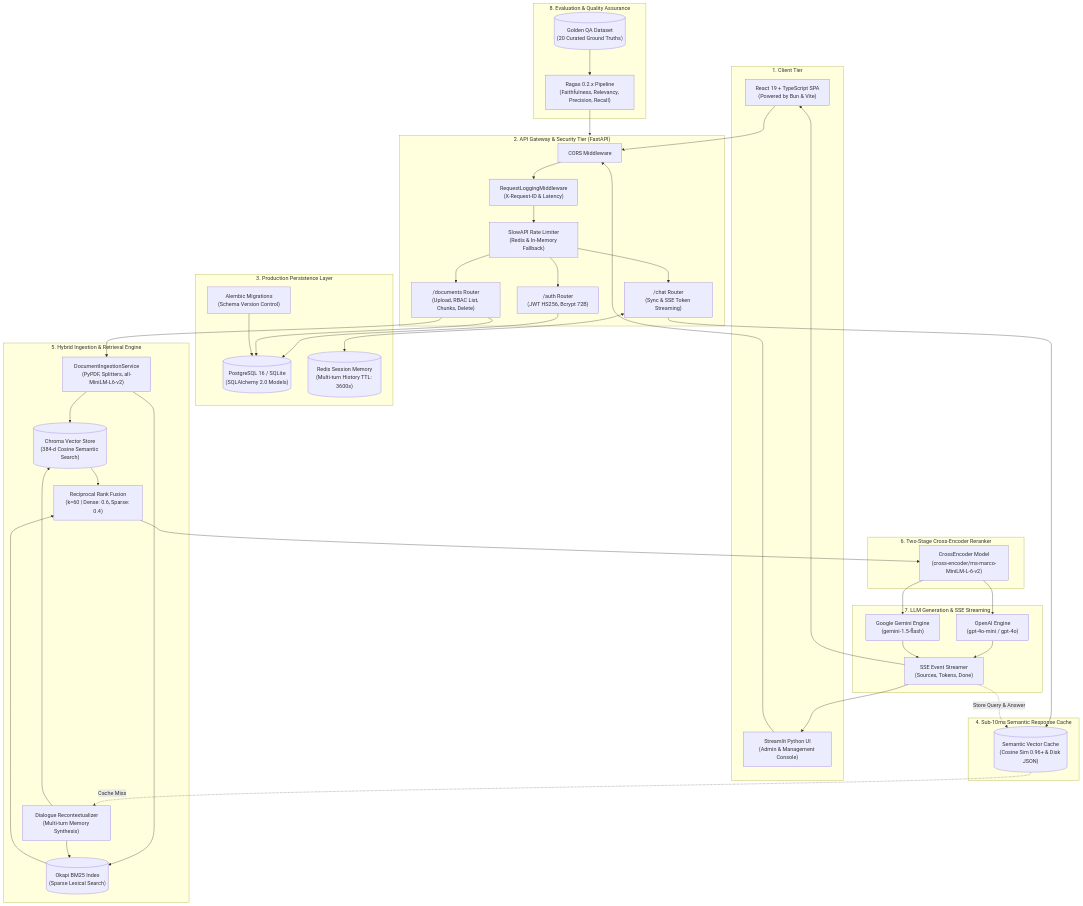
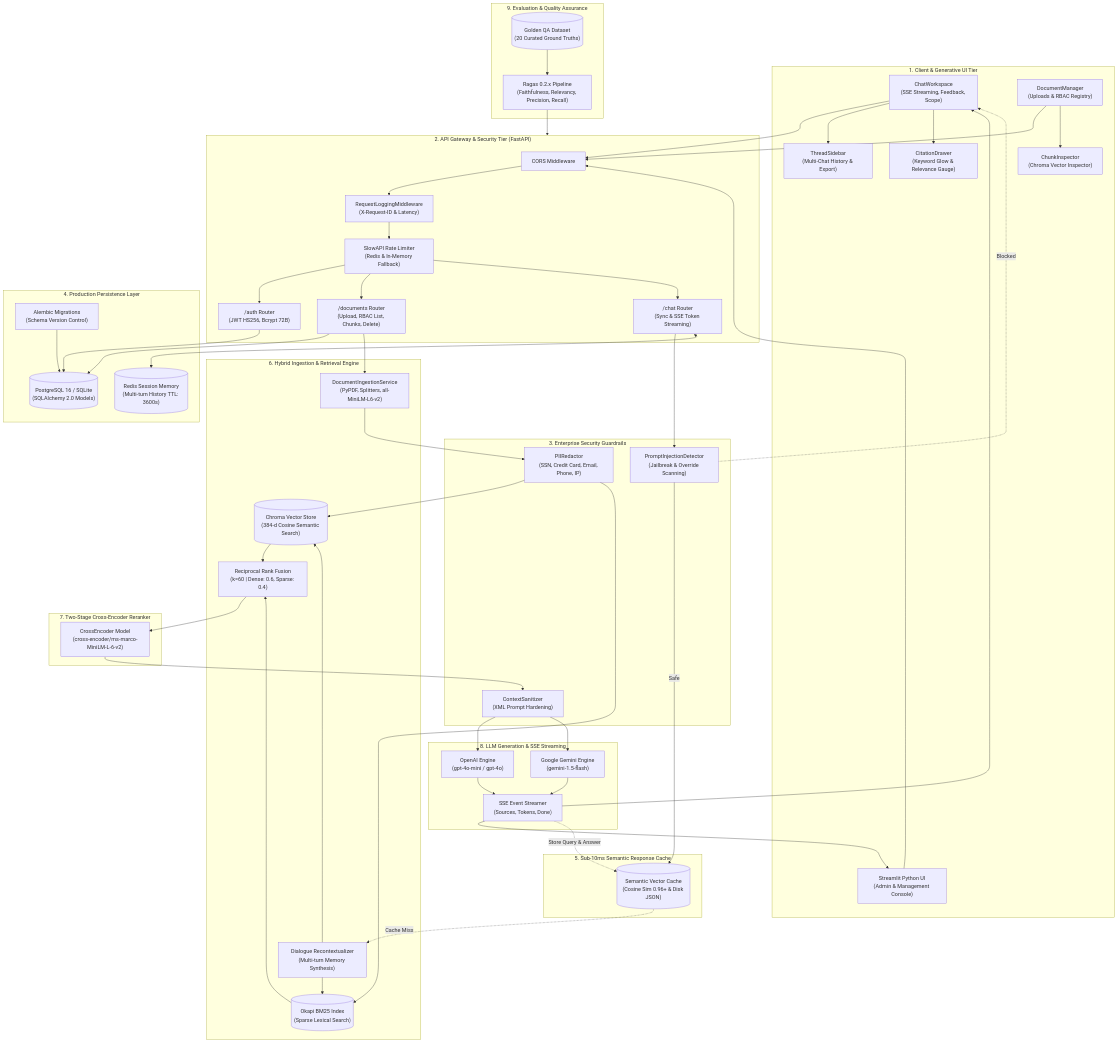
Before and after one commit to faizan-7890/SecureRAG: the first of 3 diagrams in docs/DIAGRAMS_GALLERY.md, drawn with Mermaid. The commit also changed other lines of this file and 2 other files, not shown here.

Commit message:
docs: update ARCHITECTURE.md to v5, add v5 infographic, and refresh DIAGRAMS_GALLERY

````diff
--- a/docs/DIAGRAMS_GALLERY.md
+++ b/docs/DIAGRAMS_GALLERY.md
@@ -18,8 +18,12 @@
 ```mermaid
 flowchart TD
-    %% ── 1. Client Tier ──
-    subgraph ClientTier ["1. Client Tier"]
-        ReactApp["React 19 + TypeScript SPA<br/>(Powered by Bun & Vite)"]
+    %% ── 1. Client & Generative UI Tier ──
+    subgraph ClientTier ["1. Client & Generative UI Tier"]
+        ThreadSidebar["ThreadSidebar<br/>(Multi-Chat History & Export)"]
+        ChatWorkspace["ChatWorkspace<br/>(SSE Streaming, Feedback, Scope)"]
+        CitationDrawer["CitationDrawer<br/>(Keyword Glow & Relevance Gauge)"]
+        DocManager["DocumentManager<br/>(Uploads & RBAC Registry)"]
+        ChunkInspector["ChunkInspector<br/>(Chroma Vector Inspector)"]
         StreamlitApp["Streamlit Python UI<br/>(Admin & Management Console)"]
     end
 
@@ -33,20 +37,27 @@
         ChatRouter["/chat Router<br/>(Sync & SSE Token Streaming)"]
     end
 
-    %% ── 3. Persistence Tier ──
-    subgraph PersistenceTier ["3. Production Persistence Layer"]
+    %% ── 3. Enterprise Guardrails Tier ──
+    subgraph GuardrailsTier ["3. Enterprise Security Guardrails"]
+        InjectionDetector["PromptInjectionDetector<br/>(Jailbreak & Override Scanning)"]
+        PIIRedactor["PIIRedactor<br/>(SSN, Credit Card, Email, Phone, IP)"]
+        ContextSanitizer["ContextSanitizer<br/>(XML Prompt Hardening)"]
+    end
+
+    %% ── 4. Persistence Tier ──
+    subgraph PersistenceTier ["4. Production Persistence Layer"]
         PostgresDB[("PostgreSQL 16 / SQLite<br/>(SQLAlchemy 2.0 Models)")]
         AlembicMgr["Alembic Migrations<br/>(Schema Version Control)"]
         RedisStore[("Redis Session Memory<br/>(Multi-turn History TTL: 3600s)")]
     end
 
-    %% ── 4. Semantic Cache Tier ──
-    subgraph CacheTier ["4. Sub-10ms Semantic Response Cache"]
+    %% ── 5. Semantic Cache Tier ──
+    subgraph CacheTier ["5. Sub-10ms Semantic Response Cache"]
         SemCache[("Semantic Vector Cache<br/>(Cosine Sim 0.96+ & Disk JSON)")]
     end
 
-    %% ── 5. Hybrid Ingestion & Retrieval Engine ──
-    subgraph RAGCore ["5. Hybrid Ingestion & Retrieval Engine"]
+    %% ── 6. Hybrid Ingestion & Retrieval Engine ──
+    subgraph RAGCore ["6. Hybrid Ingestion & Retrieval Engine"]
         Ingestion["DocumentIngestionService<br/>(PyPDF, Splitters, all-MiniLM-L6-v2)"]
         DenseStore[("Chroma Vector Store<br/>(384-d Cosine Semantic Search)")]
         SparseStore[("Okapi BM25 Index<br/>(Sparse Lexical Search)")]
@@ -54,26 +65,27 @@
         Recontext["Dialogue Recontextualizer<br/>(Multi-turn Memory Synthesis)"]
     end
 
-    %% ── 6. Two-Stage Reranker Tier ──
-    subgraph RerankTier ["6. Two-Stage Cross-Encoder Reranker"]
+    %% ── 7. Two-Stage Reranker Tier ──
+    subgraph RerankTier ["7. Two-Stage Cross-Encoder Reranker"]
         CrossEncoder["CrossEncoder Model<br/>(cross-encoder/ms-marco-MiniLM-L-6-v2)"]
     end
 
-    %% ── 7. LLM Generation Tier ──
-    subgraph LLMTier ["7. LLM Generation & SSE Streaming"]
+    %% ── 8. LLM Generation Tier ──
+    subgraph LLMTier ["8. LLM Generation & SSE Streaming"]
         OpenAIProvider["OpenAI Engine<br/>(gpt-4o-mini / gpt-4o)"]
         GeminiProvider["Google Gemini Engine<br/>(gemini-1.5-flash)"]
         SSEGen["SSE Event Streamer<br/>(Sources, Tokens, Done)"]
     end
 
-    %% ── 8. Evaluation Tier ──
-    subgraph EvalTier ["8. Evaluation & Quality Assurance"]
+    %% ── 9. Evaluation Tier ──
+    subgraph EvalTier ["9. Evaluation & Quality Assurance"]
         Ragas["Ragas 0.2.x Pipeline<br/>(Faithfulness, Relevancy, Precision, Recall)"]
         GoldenDS[("Golden QA Dataset<br/>(20 Curated Ground Truths)")]
     end
 
     %% ── Inter-layer Connections ──
-    ReactApp --> CORS
+    ChatWorkspace --> CORS
+    DocManager --> CORS
     StreamlitApp --> CORS
     CORS --> Logging
     Logging --> RateLimiter
@@ -86,10 +98,13 @@
     AlembicMgr --> PostgresDB
 
     DocRouter --> Ingestion
-    Ingestion --> DenseStore
-    Ingestion --> SparseStore
+    Ingestion --> PIIRedactor
+    PIIRedactor --> DenseStore
+    PIIRedactor --> SparseStore
 
-    ChatRouter --> SemCache
+    ChatRouter --> InjectionDetector
+    InjectionDetector -.->|Blocked| ChatWorkspace
+    InjectionDetector -->|Safe| SemCache
     ChatRouter <--> RedisStore
     SemCache -.->|Cache Miss| Recontext
     Recontext --> DenseStore
@@ -99,13 +114,18 @@
     SparseStore --> RRF
     RRF --> CrossEncoder
 
-    CrossEncoder --> OpenAIProvider
-    CrossEncoder --> GeminiProvider
+    CrossEncoder --> ContextSanitizer
+    ContextSanitizer --> OpenAIProvider
+    ContextSanitizer --> GeminiProvider
     OpenAIProvider --> SSEGen
     GeminiProvider --> SSEGen
-    SSEGen --> ReactApp
+    SSEGen --> ChatWorkspace
     SSEGen --> StreamlitApp
     SSEGen -.->|Store Query & Answer| SemCache
+
+    ChatWorkspace --> ThreadSidebar
+    ChatWorkspace --> CitationDrawer
+    DocManager --> ChunkInspector
 
     GoldenDS --> Ragas
     Ragas --> APITier
````
